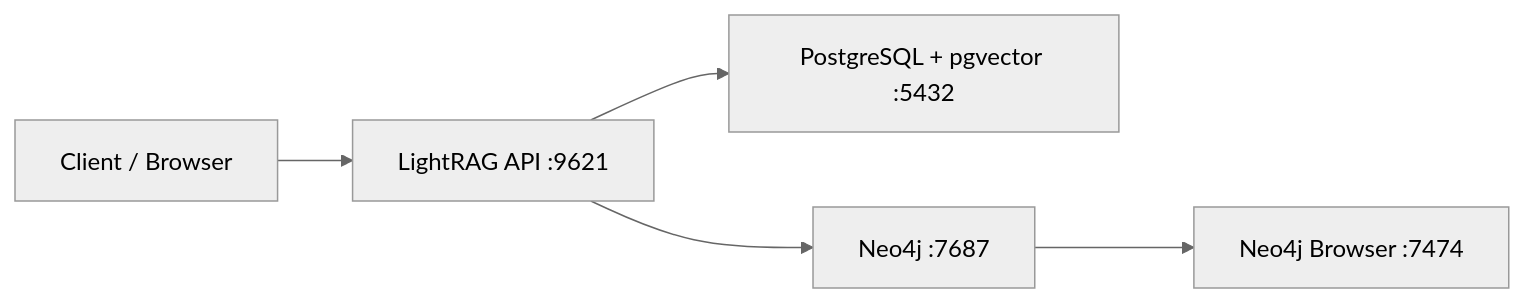
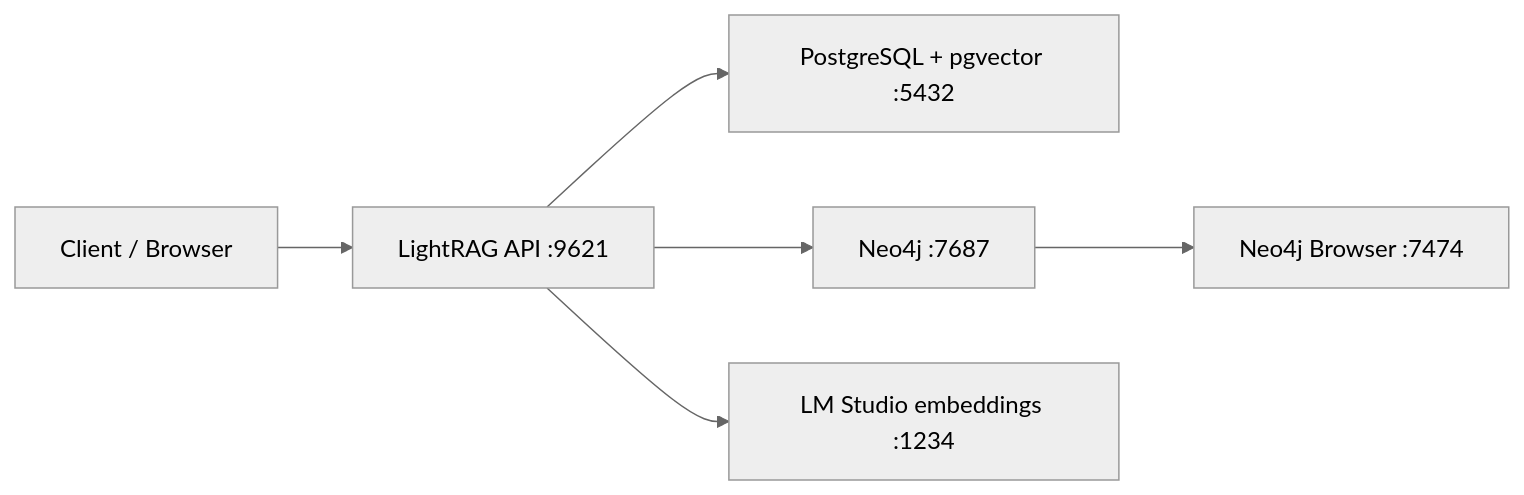
One commit to eual8/lightrag-docker-stack changed the diagram in README.md. Above: the diagram before and after it, drawn with Mermaid (neutral theme). The commit also changed other lines of this file and 3 other files, not shown here.

````diff
--- a/README.md
+++ b/README.md
@@ -9,7 +10,8 @@
 ```mermaid
 flowchart LR
     U["Client / Browser"] --> A["LightRAG API :9621"]
     A --> P["PostgreSQL + pgvector :5432"]
     A --> N["Neo4j :7687"]
+    A --> E["LM Studio embeddings :1234"]
     N --> NB["Neo4j Browser :7474"]
 ```
````
